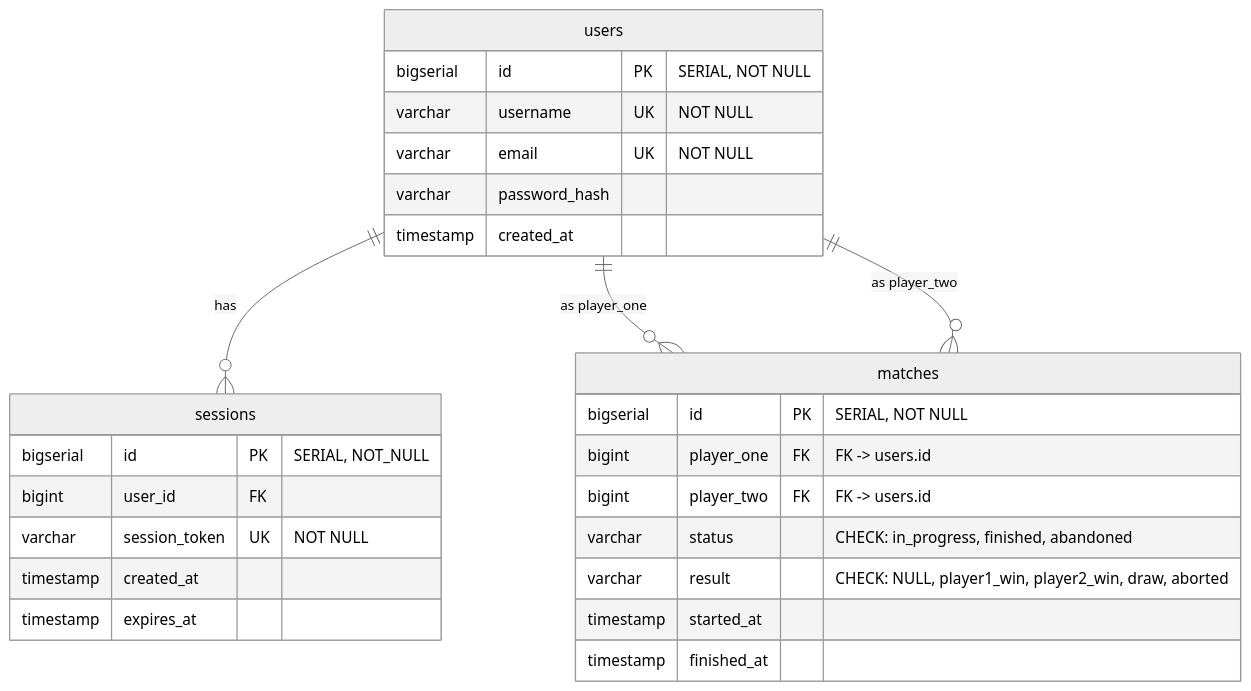
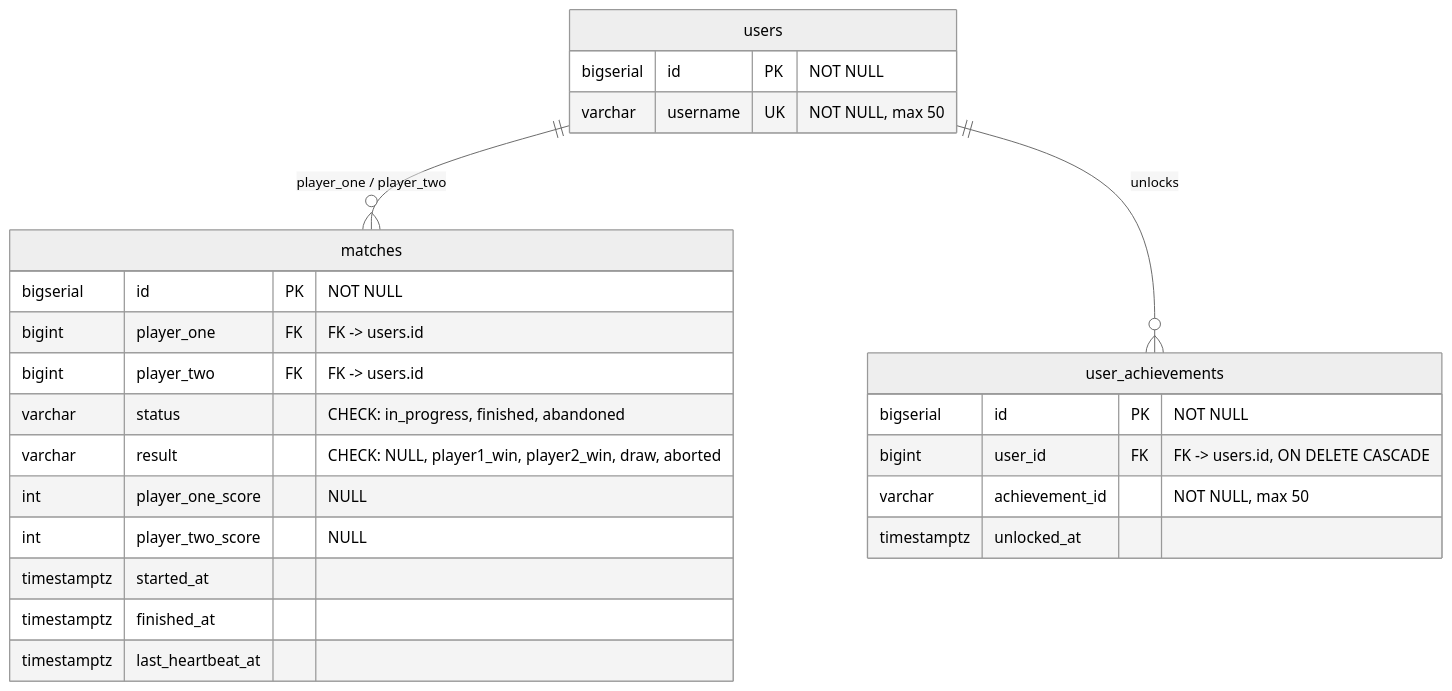
One commit to mist-interactive/backend changed the second of 2 diagrams in README.md. Above: the diagram before and after it, drawn with Mermaid (neutral theme). The commit also changed other lines of this file, not shown here.

````diff
--- a/README.md
+++ b/README.md
@@ -47,29 +127,30 @@
 ```mermaid
 erDiagram
+    users ||--o{ matches : "player_one / player_two"
+    users ||--o{ user_achievements : "unlocks"
+
     users {
-        bigserial id PK "SERIAL, NOT NULL"
-        varchar username UK "NOT NULL"
-        varchar email UK "NOT NULL"
-        varchar password_hash
-        timestamp created_at
+        bigserial id PK "NOT NULL"
+        varchar username UK "NOT NULL, max 50"
     }
-    sessions {
-      bigserial id PK "SERIAL, NOT_NULL"
-      bigint user_id FK
-      varchar session_token UK "NOT NULL"
-      timestamp created_at
-      timestamp expires_at
+
+    matches {
+        bigserial id PK "NOT NULL"
+        bigint player_one FK "FK -> users.id"
+        bigint player_two FK "FK -> users.id"
+        varchar status "CHECK: in_progress, finished, abandoned"
+        varchar result "CHECK: NULL, player1_win, player2_win, draw, aborted"
+        int player_one_score "NULL"
+        int player_two_score "NULL"
+        timestamptz started_at
+        timestamptz finished_at
+        timestamptz last_heartbeat_at
     }
-    users ||--o{ sessions : "has"
-    matches {
-      bigserial id PK "SERIAL, NOT NULL"
-      bigint player_one FK "FK -> users.id"
-      bigint player_two FK "FK -> users.id"
-      varchar status "CHECK: in_progress, finished, abandoned"
-      varchar result "CHECK: NULL, player1_win, player2_win, draw, aborted"
-      timestamp started_at
-      timestamp finished_at
+
+    user_achievements {
+        bigserial id PK "NOT NULL"
+        bigint user_id FK "FK -> users.id, ON DELETE CASCADE"
+        varchar achievement_id "NOT NULL, max 50"
+        timestamptz unlocked_at
     }
-    users ||--o{ matches : "as player_one"
-    users ||--o{ matches : "as player_two"
 ```
````
